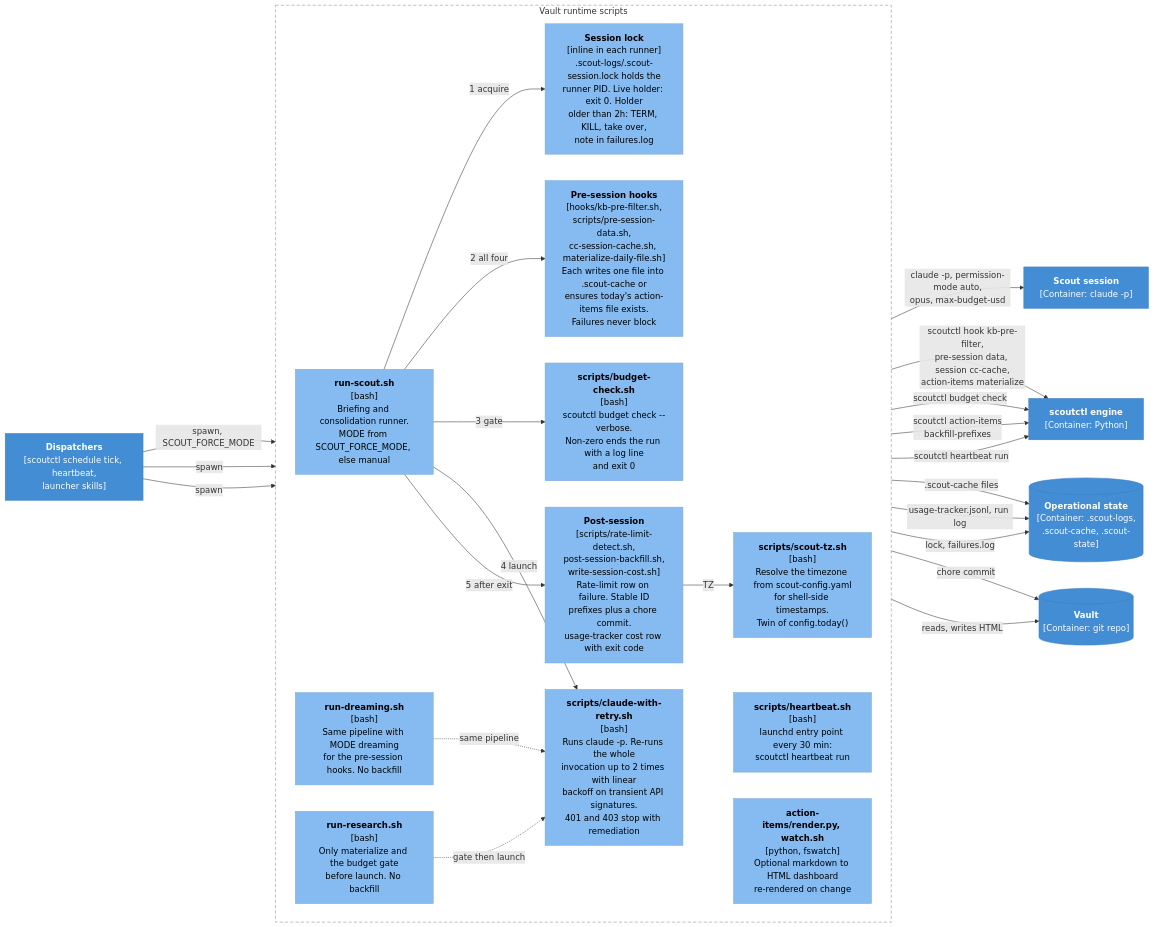
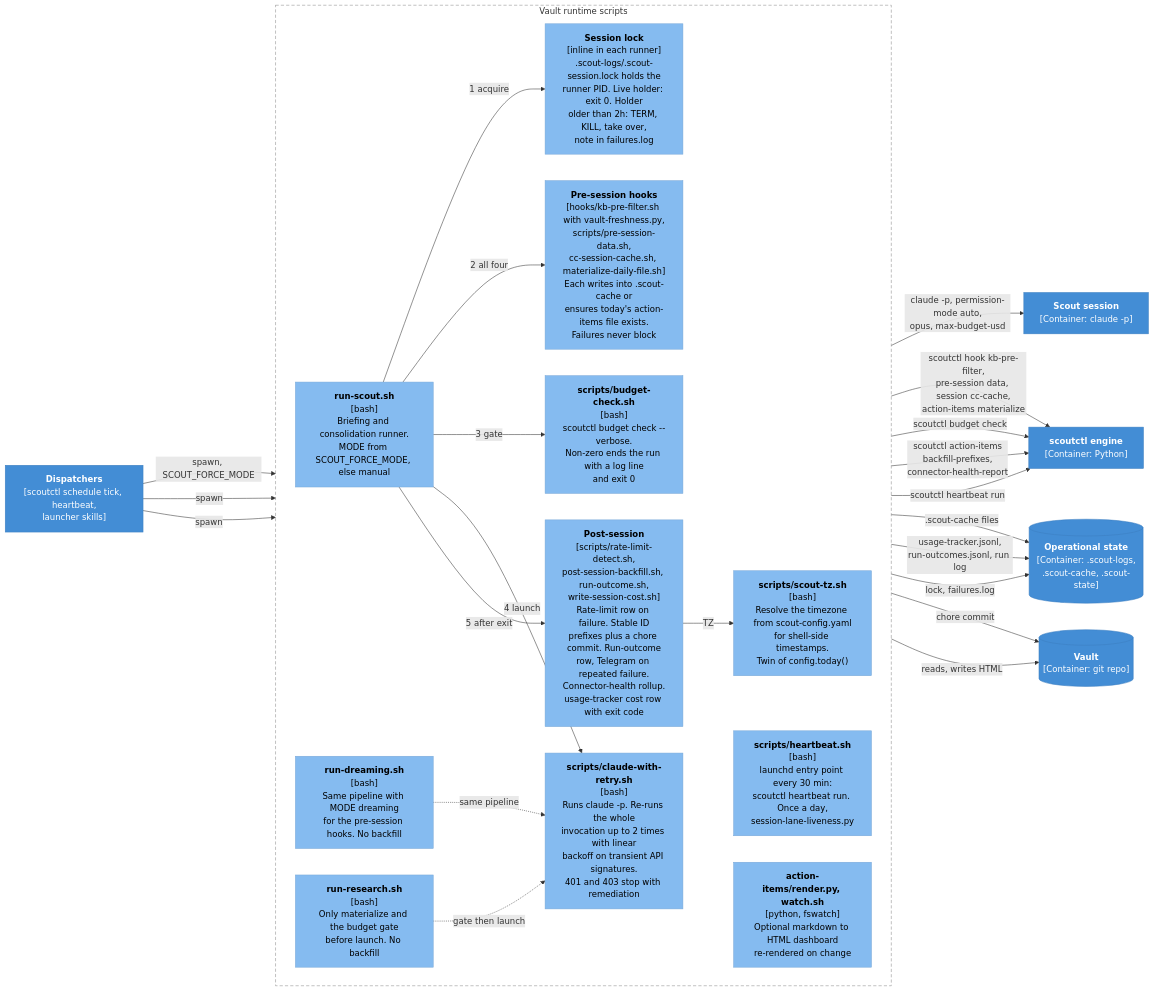
One commit to Raven-Scout/Scout changed the seventh of 7 diagrams in docs/architecture/03-components.md. Above: the diagram before and after it, drawn with Mermaid. The commit also changed other lines of this file and 21 other files, not shown here.

````diff
--- a/docs/architecture/03-components.md
+++ b/docs/architecture/03-components.md
@@ -454,51 +454,51 @@
 ```mermaid
 flowchart LR
   classDef container fill:#438DD5,stroke:#3C7FC0,color:#fff
   classDef component fill:#85BBF0,stroke:#78A8D8,color:#000
   classDef ext fill:#999999,stroke:#8A8A8A,color:#fff
 
   dispatch["<b>Dispatchers</b><br/>[scoutctl schedule tick, heartbeat,<br/>launcher skills]"]:::container
   engine["<b>scoutctl engine</b><br/>[Container: Python]"]:::container
   session["<b>Scout session</b><br/>[Container: claude -p]"]:::container
   state[("<b>Operational state</b><br/>[Container: .scout-logs,<br/>.scout-cache, .scout-state]")]:::container
   vault[("<b>Vault</b><br/>[Container: git repo]")]:::container
 
   subgraph runtime ["Vault runtime scripts"]
     direction LR
     run_scout["<b>run-scout.sh</b><br/>[bash]<br/>Briefing and consolidation runner.<br/>MODE from SCOUT_FORCE_MODE, else manual"]:::component
     run_dream["<b>run-dreaming.sh</b><br/>[bash]<br/>Same pipeline with MODE dreaming<br/>for the pre-session hooks. No backfill"]:::component
     run_research["<b>run-research.sh</b><br/>[bash]<br/>Only materialize and the budget gate<br/>before launch. No backfill"]:::component
     lockstep["<b>Session lock</b><br/>[inline in each runner]<br/>.scout-logs/.scout-session.lock holds the<br/>runner PID. Live holder: exit 0. Holder<br/>older than 2h: TERM, KILL, take over,<br/>note in failures.log"]:::component
-    prehooks["<b>Pre-session hooks</b><br/>[hooks/kb-pre-filter.sh,<br/>scripts/pre-session-data.sh,<br/>cc-session-cache.sh, materialize-daily-file.sh]<br/>Each writes one file into .scout-cache or<br/>ensures today's action-items file exists.<br/>Failures never block"]:::component
+    prehooks["<b>Pre-session hooks</b><br/>[hooks/kb-pre-filter.sh with vault-freshness.py,<br/>scripts/pre-session-data.sh,<br/>cc-session-cache.sh, materialize-daily-file.sh]<br/>Each writes into .scout-cache or<br/>ensures today's action-items file exists.<br/>Failures never block"]:::component
     budget["<b>scripts/budget-check.sh</b><br/>[bash]<br/>scoutctl budget check --verbose.<br/>Non-zero ends the run with a log line<br/>and exit 0"]:::component
     retry["<b>scripts/claude-with-retry.sh</b><br/>[bash]<br/>Runs claude -p. Re-runs the whole<br/>invocation up to 2 times with linear<br/>backoff on transient API signatures.<br/>401 and 403 stop with remediation"]:::component
-    post["<b>Post-session</b><br/>[scripts/rate-limit-detect.sh,<br/>post-session-backfill.sh,<br/>write-session-cost.sh]<br/>Rate-limit row on failure. Stable ID<br/>prefixes plus a chore commit.<br/>usage-tracker cost row with exit code"]:::component
+    post["<b>Post-session</b><br/>[scripts/rate-limit-detect.sh,<br/>post-session-backfill.sh, run-outcome.sh,<br/>write-session-cost.sh]<br/>Rate-limit row on failure. Stable ID<br/>prefixes plus a chore commit. Run-outcome<br/>row, Telegram on repeated failure.<br/>Connector-health rollup.<br/>usage-tracker cost row with exit code"]:::component
     tz["<b>scripts/scout-tz.sh</b><br/>[bash]<br/>Resolve the timezone from scout-config.yaml<br/>for shell-side timestamps.<br/>Twin of config.today()"]:::component
-    hb["<b>scripts/heartbeat.sh</b><br/>[bash]<br/>launchd entry point every 30 min:<br/>scoutctl heartbeat run"]:::component
+    hb["<b>scripts/heartbeat.sh</b><br/>[bash]<br/>launchd entry point every 30 min:<br/>scoutctl heartbeat run. Once a day,<br/>session-lane-liveness.py"]:::component
     render["<b>action-items/render.py, watch.sh</b><br/>[python, fswatch]<br/>Optional markdown to HTML dashboard<br/>re-rendered on change"]:::component
   end
 
   dispatch -->|"spawn, SCOUT_FORCE_MODE"| run_scout
   dispatch -->|"spawn"| run_dream
   dispatch -->|"spawn"| run_research
   run_scout -->|"1 acquire"| lockstep
   run_scout -->|"2 all four"| prehooks
   run_scout -->|"3 gate"| budget
   run_scout -->|"4 launch"| retry
   run_scout -->|"5 after exit"| post
   run_dream -.->|"same pipeline"| retry
   run_research -.->|"gate then launch"| retry
   retry -->|"claude -p, permission-mode auto,<br/>opus, max-budget-usd"| session
   prehooks -->|"scoutctl hook kb-pre-filter,<br/>pre-session data, session cc-cache,<br/>action-items materialize"| engine
   budget -->|"scoutctl budget check"| engine
-  post -->|"scoutctl action-items<br/>backfill-prefixes"| engine
+  post -->|"scoutctl action-items<br/>backfill-prefixes,<br/>connector-health-report"| engine
   hb -->|"scoutctl heartbeat run"| engine
   post -->|"TZ"| tz
   prehooks -->|".scout-cache files"| state
-  post -->|"usage-tracker.jsonl, run log"| state
+  post -->|"usage-tracker.jsonl,<br/>run-outcomes.jsonl, run log"| state
   lockstep -->|"lock, failures.log"| state
   post -->|"chore commit"| vault
   render -->|"reads, writes HTML"| vault
 
   style runtime fill:none,stroke:#8A8A8A,stroke-dasharray:6 4
 ```
````
